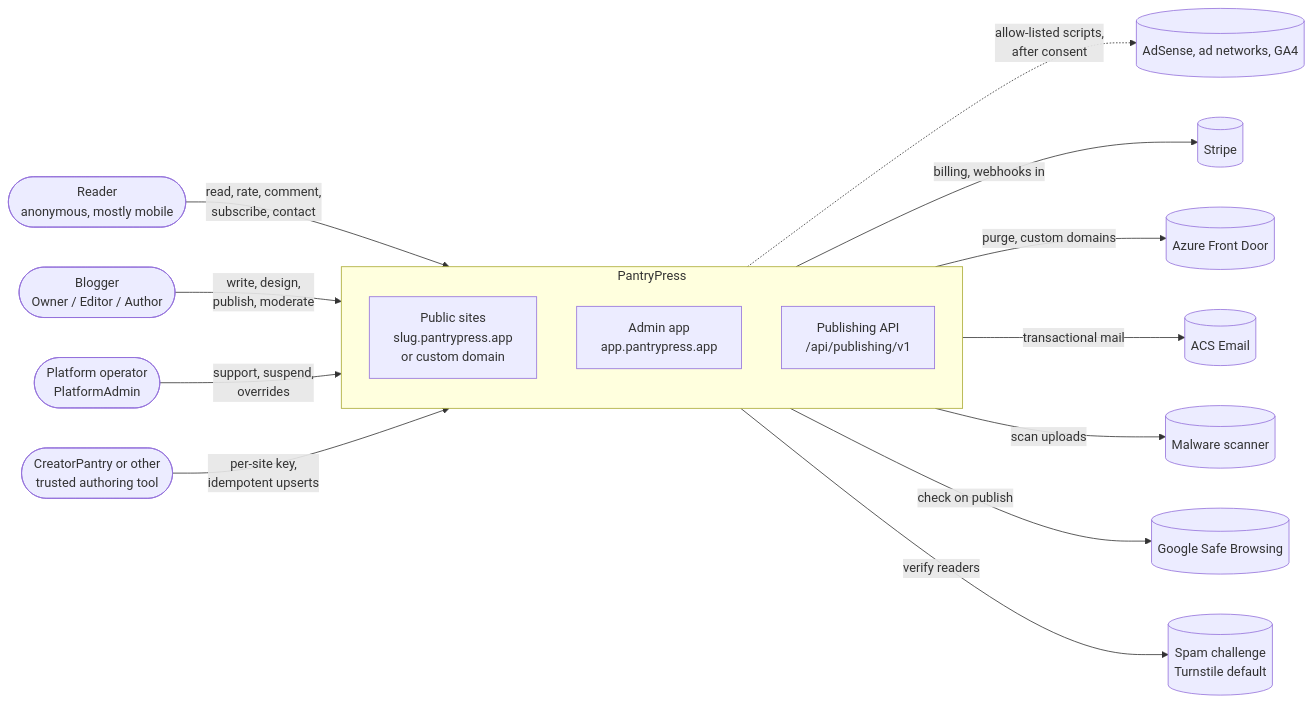
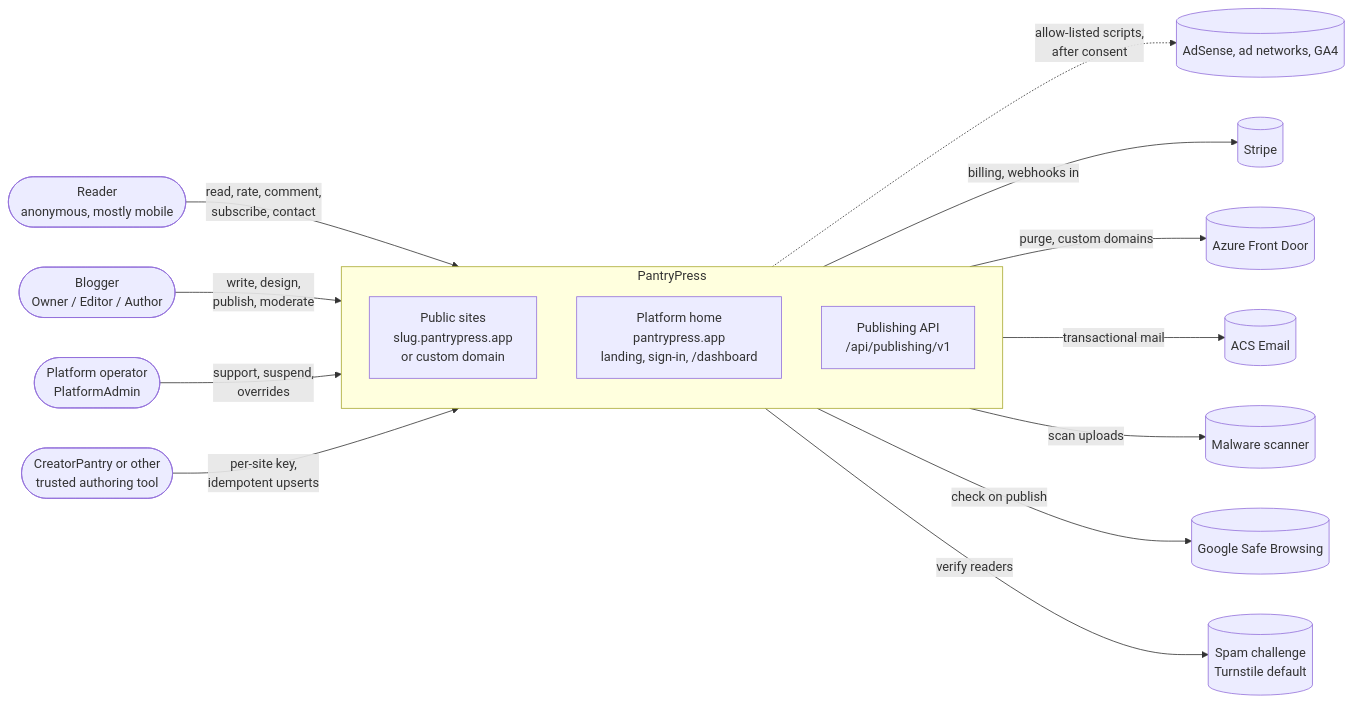
Before and after one commit to Architect4Hire/PantryPress: the first of 12 diagrams in docs/architecture/architecture.md, drawn with Mermaid. The commit also changed other lines of this file and 49 other files, not shown here.

````diff
--- a/docs/architecture/architecture.md
+++ b/docs/architecture/architecture.md
@@ -64,27 +64,27 @@
 ```mermaid
 flowchart LR
     reader([Reader<br/>anonymous, mostly mobile])
     blogger([Blogger<br/>Owner / Editor / Author])
     operator([Platform operator<br/>PlatformAdmin])
     cp([CreatorPantry or other<br/>trusted authoring tool])
 
     subgraph PP[PantryPress]
         direction TB
         pub[Public sites<br/>slug.pantrypress.app<br/>or custom domain]
-        admin[Admin app<br/>app.pantrypress.app]
+        admin[Platform home<br/>pantrypress.app<br/>landing, sign-in, /dashboard]
         papi[Publishing API<br/>/api/publishing/v1]
     end
 
     reader -->|read, rate, comment,<br/>subscribe, contact| pub
     blogger -->|write, design,<br/>publish, moderate| admin
     operator -->|support, suspend,<br/>overrides| admin
     cp -->|per-site key,<br/>idempotent upserts| papi
 
     PP -->|billing, webhooks in| stripe[(Stripe)]
     PP -->|purge, custom domains| afd[(Azure Front Door)]
     PP -->|transactional mail| acs[(ACS Email)]
     PP -->|scan uploads| mal[(Malware scanner)]
     PP -->|check on publish| sb[(Google Safe Browsing)]
     PP -->|verify readers| ts[(Spam challenge<br/>Turnstile default)]
     pub -.->|allow-listed scripts,<br/>after consent| ads[(AdSense, ad networks, GA4)]
 ```
````
